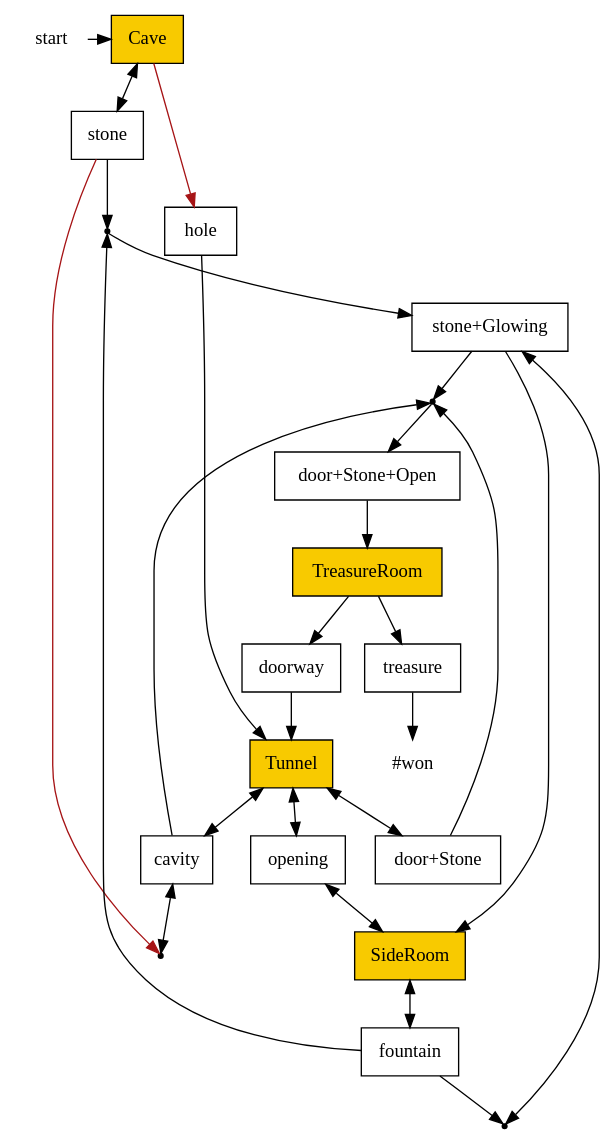
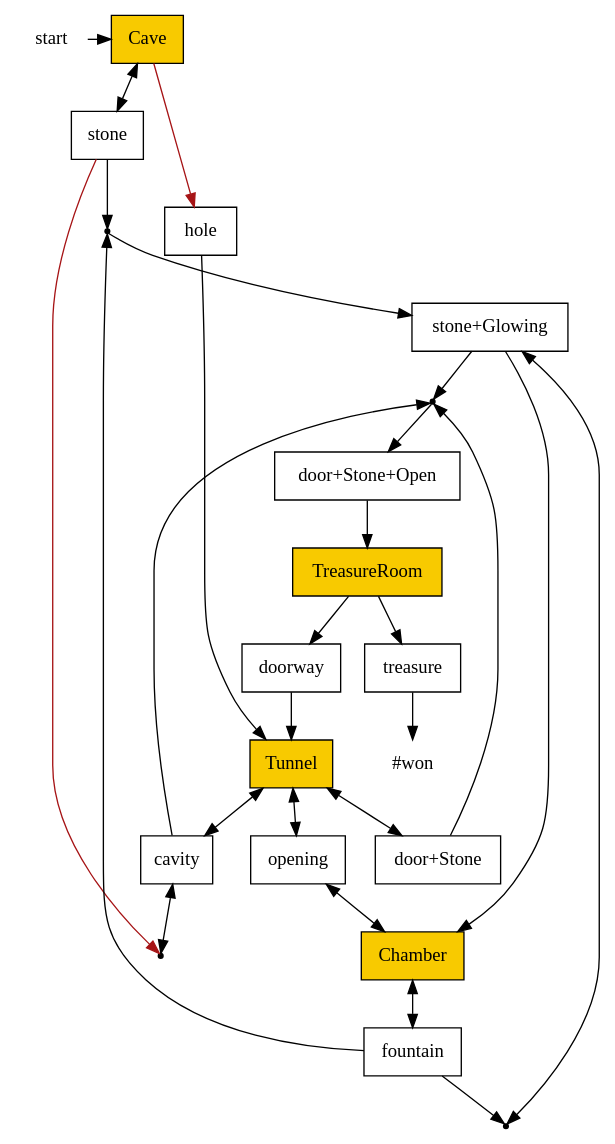
The diagram in picotachi/dependencies.gv (julienq/golem), drawn with Graphviz before and after one commit. The commit also changed 4 other files, not shown here.

```diff
--- a/picotachi/dependencies.gv
+++ b/picotachi/dependencies.gv
@@ -1,57 +1,57 @@
 digraph deadend {
 
   node [fontname=Avenir, shape=box];
   edge [fontname=Avenir];
 
   { rank=same; start [shape=plaintext]; Cave [style=filled, fillcolor="#f8ca00"]; }
 
   start -> Cave;
   Cave -> stone [dir=both];
   Cave -> hole [color="#a61416"];
   stone -> c [color="#a61416"];
   cavity -> c [dir=both];
   c [shape=point];
   hole -> Tunnel;
 
   Tunnel [style=filled, fillcolor="#f8ca00"];
 
   Tunnel -> opening [dir=both];
   Tunnel -> cavity [dir=both];
   Tunnel -> door [dir=both];
   DoorOpen -> TreasureRoom;
-  opening -> SideRoom [dir=both];
+  opening -> Chamber [dir=both];
 
   door [label="door+Stone"];
 
-  SideRoom -> fountain [dir=both];
+  Chamber -> fountain [dir=both];
   stone -> a;
   fountain -> a;
   a -> GlowingStone;
   GlowingStone -> aa [dir=both];
   fountain -> aa;
   a [shape=point];
   aa [shape=point];
 
   GlowingStone [label="stone+Glowing"];
 
   GlowingStone -> b;
   cavity -> b;
   door -> b;
   b [shape=point];
   b -> DoorOpen;
-  GlowingStone -> SideRoom;
+  GlowingStone -> Chamber;
 
   TreasureRoom [style=filled, fillcolor="#f8ca00"];
 
   { DoorOpen [label="door+Stone+Open"]; doorway; }
   
-  SideRoom [style=filled, fillcolor="#f8ca00"];
+  Chamber [style=filled, fillcolor="#f8ca00"];
 
   TreasureRoom -> doorway;
   doorway -> Tunnel;
   TreasureRoom -> treasure;
   treasure -> won;
 
   { won [shape=plaintext, label="#won"]; treasure }
 
 }
```
